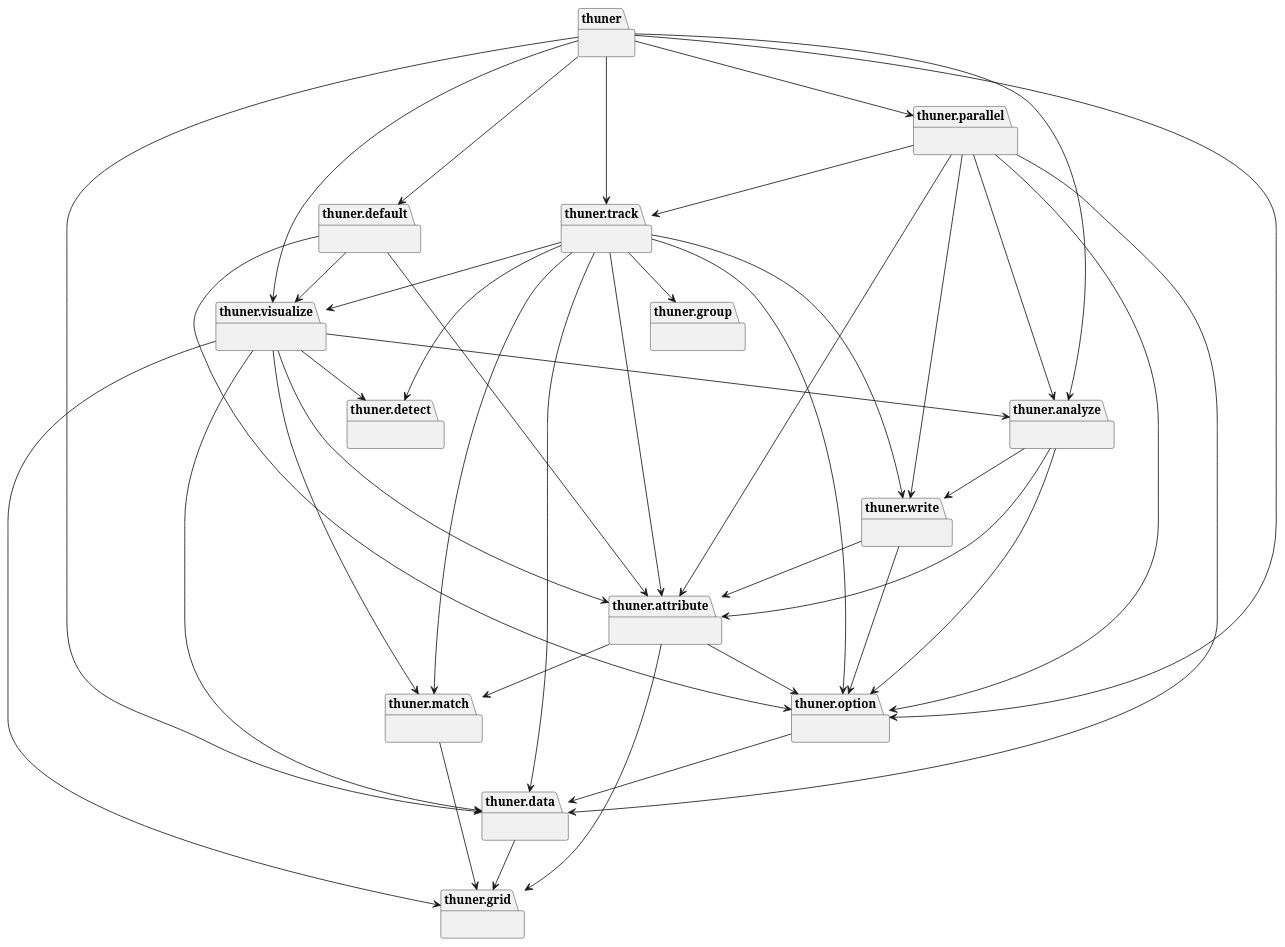
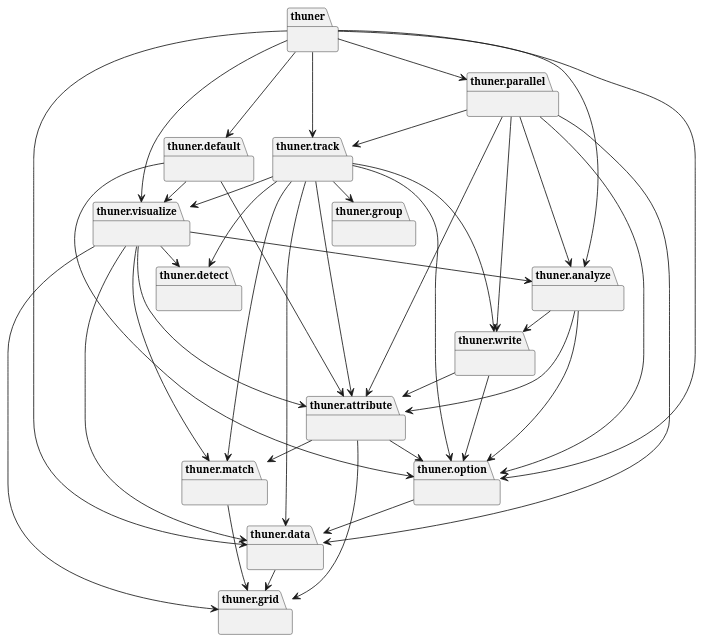
One commit to THUNER-project/THUNER changed the diagram in docs/source/images/uml/edited_packages.puml. Above: the diagram before and after it, drawn with PlantUML. The commit also changed 8 other files, not shown here.

```diff
--- a/docs/source/images/uml/edited_packages.puml
+++ b/docs/source/images/uml/edited_packages.puml
@@ -1,72 +1,79 @@
 @startuml packages
 set namespaceSeparator none
+skinparam nodesep 15
+skinparam ranksep 25
+<style>
+package {
+    FontSize 12
+}
+</style>
 package "thuner" as thuner {
 }
 package "thuner.analyze" as thuner.analyze {
 }
 package "thuner.attribute" as thuner.attribute {
 }
 package "thuner.data" as thuner.data {
 }
 package "thuner.default" as thuner.default {
 }
 package "thuner.detect" as thuner.detect {
 }
 package "thuner.grid" as thuner.grid {
 }
 package "thuner.group" as thuner.group {
 }
 package "thuner.match" as thuner.match {
 }
 package "thuner.option" as thuner.option {
 }
 package "thuner.parallel" as thuner.parallel {
 }
 package "thuner.track" as thuner.track {
 }
 package "thuner.visualize" as thuner.visualize {
 }
 package "thuner.write" as thuner.write {
 }
 thuner --> thuner.analyze
 thuner --> thuner.data
 thuner --> thuner.default
 thuner --> thuner.option
 thuner --> thuner.parallel
 thuner --> thuner.track
 thuner --> thuner.visualize
 thuner.analyze --> thuner.attribute
 thuner.analyze --> thuner.option
 thuner.analyze --> thuner.write
 thuner.attribute --> thuner.option
 thuner.attribute --> thuner.grid
 thuner.attribute --> thuner.match
 thuner.data --> thuner.grid
 thuner.default --> thuner.attribute
 thuner.default --> thuner.option
 thuner.default --> thuner.visualize
 thuner.match --> thuner.grid
 thuner.option --> thuner.data
 thuner.parallel --> thuner.analyze
 thuner.parallel --> thuner.attribute
 thuner.parallel --> thuner.data
 thuner.parallel --> thuner.option
 thuner.parallel --> thuner.track
 thuner.parallel --> thuner.write
 thuner.track --> thuner.attribute
 thuner.track --> thuner.data
 thuner.track --> thuner.detect
 thuner.track --> thuner.group
 thuner.track --> thuner.match
 thuner.track --> thuner.option
 thuner.track --> thuner.visualize
 thuner.track --> thuner.write
 thuner.visualize --> thuner.analyze
 thuner.visualize --> thuner.attribute
 thuner.visualize --> thuner.data
 thuner.visualize --> thuner.detect
 thuner.visualize --> thuner.grid
 thuner.visualize --> thuner.match
 thuner.write --> thuner.attribute
 thuner.write --> thuner.option
 @enduml
```
